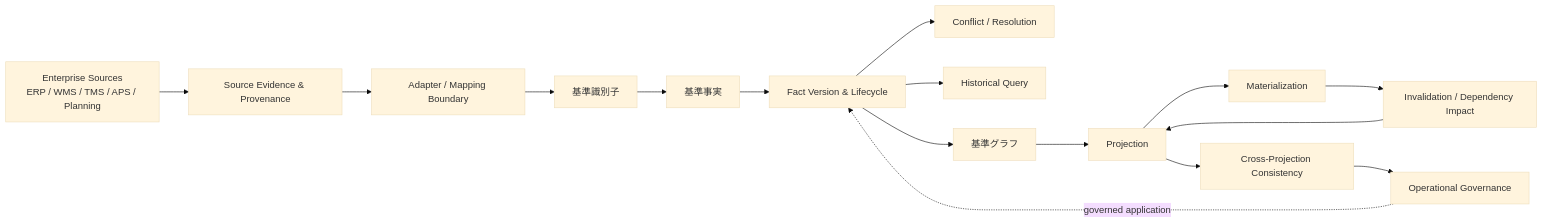
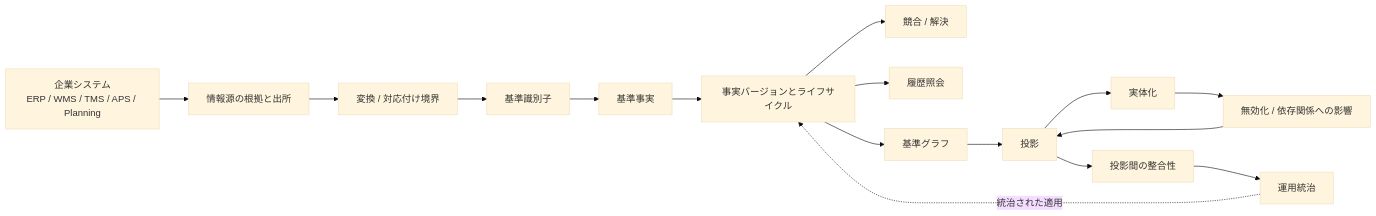
The first of 6 diagrams in README.ja.md (miumigy/scm-ontology), drawn with Mermaid (base theme) before and after one commit. The commit also changed other lines of this file, not shown here.

````diff
--- a/README.ja.md
+++ b/README.ja.md
@@ -77,18 +77,18 @@
 ```mermaid
 flowchart LR
-    A[Enterprise Sources\nERP / WMS / TMS / APS / Planning] --> B[Source Evidence & Provenance]
-    B --> C[Adapter / Mapping Boundary]
+    A[企業システム\nERP / WMS / TMS / APS / Planning] --> B[情報源の根拠と出所]
+    B --> C[変換 / 対応付け境界]
     C --> D[基準識別子]
     D --> E[基準事実]
-    E --> F[Fact Version & Lifecycle]
-    F --> G[Conflict / Resolution]
-    F --> H[Historical Query]
+    E --> F[事実バージョンとライフサイクル]
+    F --> G[競合 / 解決]
+    F --> H[履歴照会]
     F --> I[基準グラフ]
-    I --> J[Projection]
-    J --> K[Materialization]
-    K --> L[Invalidation / Dependency Impact]
+    I --> J[投影]
+    J --> K[実体化]
+    K --> L[無効化 / 依存関係への影響]
     L --> J
-    J --> M[Cross-Projection Consistency]
-    M --> N[Operational Governance]
-    N -. governed application .-> F
+    J --> M[投影間の整合性]
+    M --> N[運用統治]
+    N -. 統治された適用 .-> F
 ```
````
